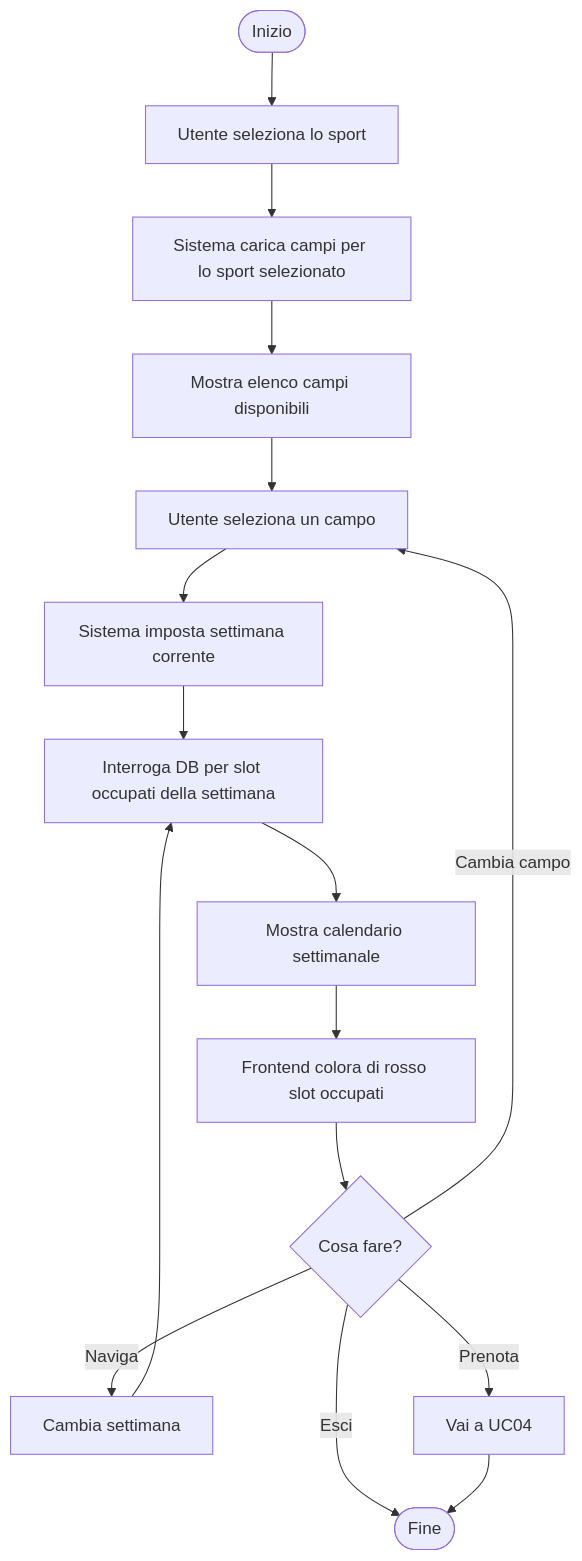
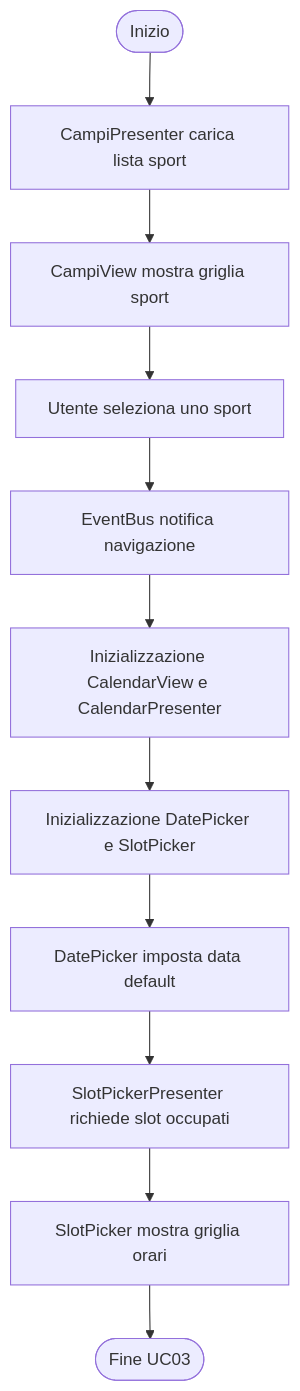
The first of 4 diagrams in docuai/UC03.md (mb4dev/progetto-prova), drawn with Mermaid before and after one commit. The commit also changed other lines of this file and 7 other files, not shown here.

````diff
--- a/docuai/UC03.md
+++ b/docuai/UC03.md
@@ -9,23 +23,16 @@
 ```mermaid 
 flowchart TD
-    Start([Inizio]) --> SelectSport[Utente seleziona lo sport]
-    SelectSport --> LoadFields[Sistema carica campi per lo sport selezionato]
-    LoadFields --> ShowFields[Mostra elenco campi disponibili]
+    Start([Inizio]) --> LoadSports[CampiPresenter carica lista sport]
+    LoadSports --> ShowSports[CampiView mostra griglia sport]
 
-    ShowFields --> SelectField[Utente seleziona un campo]
-    SelectField --> SetDate[Sistema imposta settimana corrente]
-    SetDate --> QueryDB[Interroga DB per slot occupati della settimana]
-
-    QueryDB --> ShowCalendar[Mostra calendario settimanale]
-    ShowCalendar --> MarkOccupied[Frontend colora di rosso slot occupati]
-
-    MarkOccupied --> Choice{Cosa fare?}
-    Choice -->|Naviga| NextWeek[Cambia settimana]
-    NextWeek --> QueryDB
-
-    Choice -->|Cambia campo| SelectField
-    Choice -->|Prenota| GoToUC04[Vai a UC04]
-    Choice -->|Esci| End([Fine])
-
-    GoToUC04 --> End
+    ShowSports --> SelectSport[Utente seleziona uno sport]
+    SelectSport --> Navigate[EventBus notifica navigazione]
+    Navigate --> InitCalendar[Inizializzazione CalendarView e CalendarPresenter]
+    
+    InitCalendar --> InitComponents[Inizializzazione DatePicker e SlotPicker]
+    InitComponents --> DefaultDate[DatePicker imposta data default]
+    DefaultDate --> FetchSlots[SlotPickerPresenter richiede slot occupati]
+    
+    FetchSlots --> ShowSlots[SlotPicker mostra griglia orari]
+    ShowSlots --> End([Fine UC03])
 ```
````
